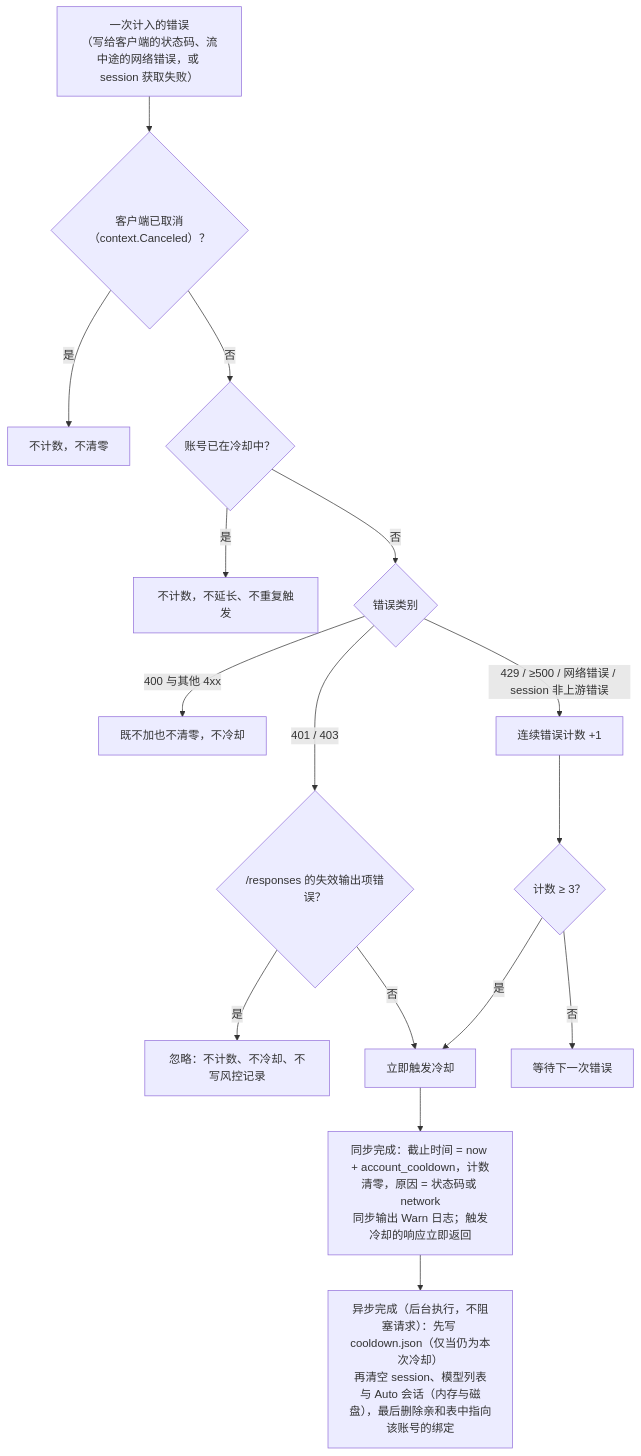
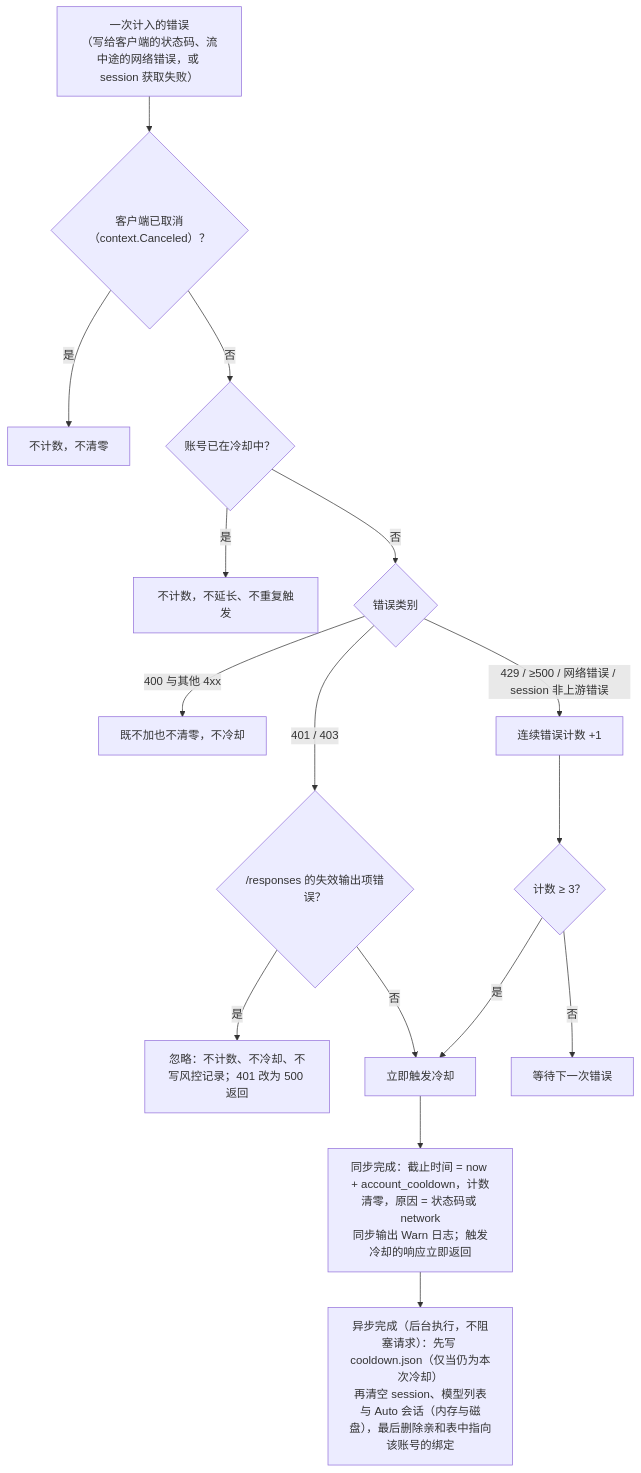
One commit to 1oo1/ghc2api changed the second of 3 diagrams in docs/pool.md. Above: the diagram before and after it, drawn with Mermaid. The commit also changed other lines of this file and 6 other files, not shown here.

````diff
--- a/docs/pool.md
+++ b/docs/pool.md
@@ -76,18 +76,18 @@
 ```mermaid
 flowchart TD
     A["一次计入的错误<br/>（写给客户端的状态码、流中途的网络错误，或 session 获取失败）"] --> B{"客户端已取消（context.Canceled）？"}
     B -- 是 --> X1["不计数，不清零"]
     B -- 否 --> E{"账号已在冷却中？"}
     E -- 是 --> X3["不计数，不延长、不重复触发"]
     E -- 否 --> C{"错误类别"}
     C -- "400 与其他 4xx" --> X2["既不加也不清零，不冷却"]
     C -- "401 / 403" --> C1{"/responses 的失效输出项错误？"}
-    C1 -- 是 --> X5["忽略：不计数、不冷却、不写风控记录"]
+    C1 -- 是 --> X5["忽略：不计数、不冷却、不写风控记录；401 改为 500 返回"]
     C1 -- 否 --> D["立即触发冷却"]
     C -- "429 / ≥500 / 网络错误 / session 非上游错误" --> F["连续错误计数 +1"]
     F --> G{"计数 ≥ 3？"}
     G -- 否 --> X4["等待下一次错误"]
     G -- 是 --> D
     D --> H["同步完成：截止时间 = now + account_cooldown，计数清零，原因 = 状态码或 network<br/>同步输出 Warn 日志；触发冷却的响应立即返回"]
     H --> I["异步完成（后台执行，不阻塞请求）：先写 cooldown.json（仅当仍为本次冷却）<br/>再清空 session、模型列表与 Auto 会话（内存与磁盘），最后删除亲和表中指向该账号的绑定"]
 ```
````
